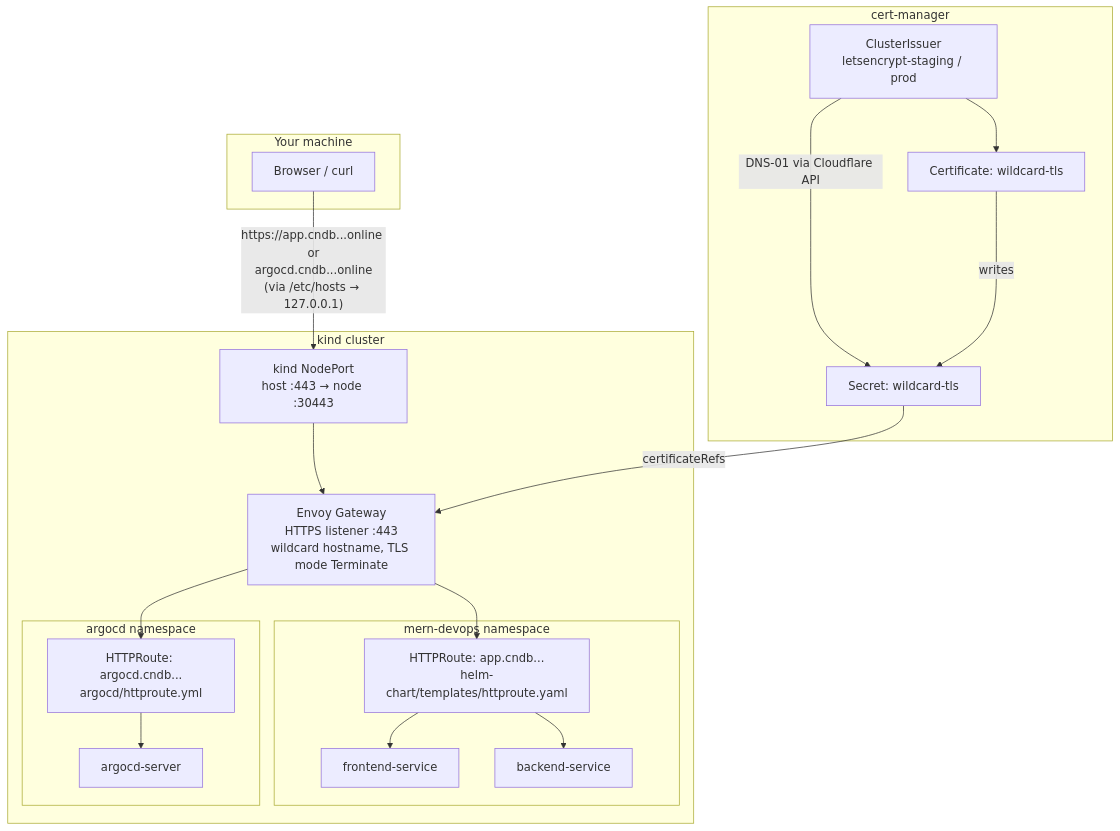
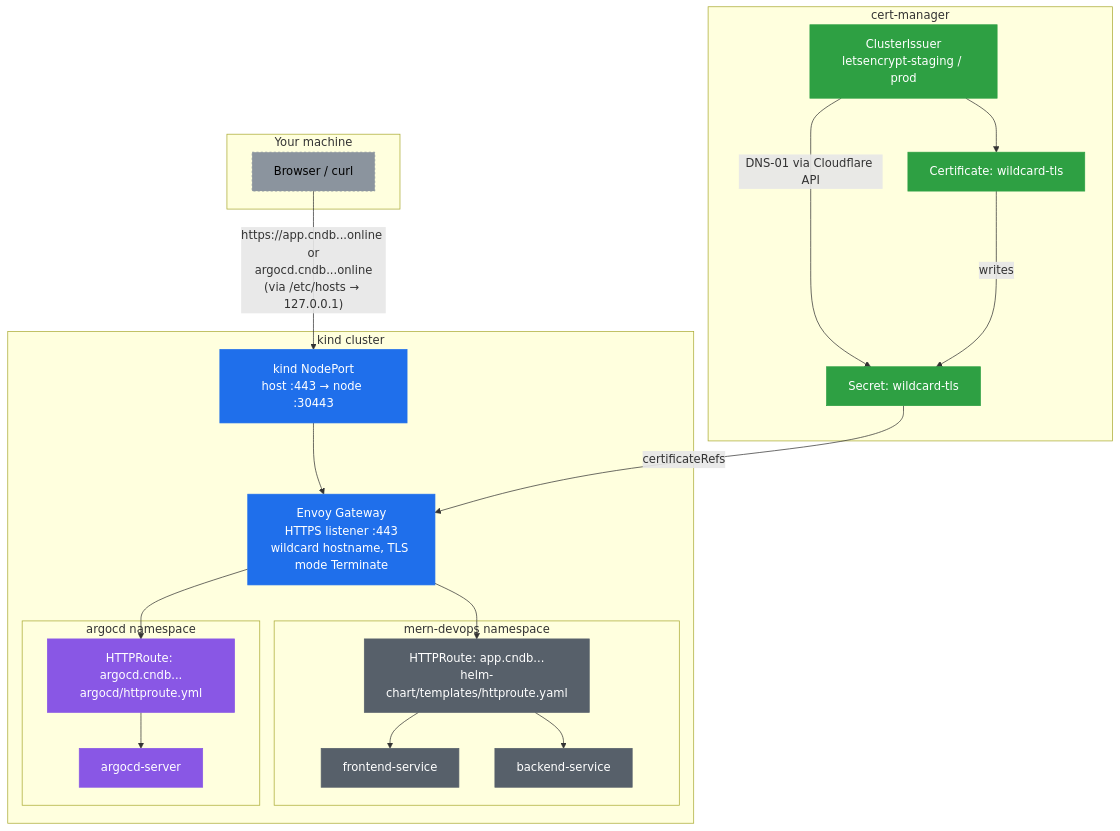
The diagram in docs/concepts/tls-concepts.md (atkaridarshan04/cloudnative-devops-blueprint), drawn with Mermaid before and after one commit. The commit also changed other lines of this file and 24 other files, not shown here.

Commit message:
docs: fix doc/manifest mismatches, trim noisy comments, improve diagrams, reorganize assets, drop dead config

````diff
--- a/docs/concepts/tls-concepts.md
+++ b/docs/concepts/tls-concepts.md
@@ -116,39 +122,51 @@
 ```mermaid
 flowchart TD
     subgraph "Your machine"
         Browser[Browser / curl]
     end
 
     subgraph "kind cluster"
         NP[kind NodePort<br/>host :443 → node :30443]
         GW[Envoy Gateway<br/>HTTPS listener :443<br/>wildcard hostname, TLS mode Terminate]
 
         subgraph "mern-devops namespace"
             AppRoute[HTTPRoute: app.cndb...<br/>helm-chart/templates/httproute.yaml]
             FE[frontend-service]
             BE[backend-service]
         end
 
         subgraph "argocd namespace"
             ArgoRoute[HTTPRoute: argocd.cndb...<br/>argocd/httproute.yml]
             ArgoSvc[argocd-server]
         end
     end
 
     subgraph "cert-manager"
         CI[ClusterIssuer<br/>letsencrypt-staging / prod]
         Cert[Certificate: wildcard-tls]
         Secret[Secret: wildcard-tls]
     end
 
     Browser -->|"https://app.cndb...online or<br/>argocd.cndb...online<br/>(via /etc/hosts → 127.0.0.1)"| NP
     NP --> GW
     GW --> AppRoute --> FE
     AppRoute --> BE
     GW --> ArgoRoute --> ArgoSvc
 
     CI -->|DNS-01 via Cloudflare API| Secret
     CI --> Cert
     Cert -->|writes| Secret
     Secret -->|certificateRefs| GW
+
+    classDef gateway fill:#1f6feb,color:#fff,stroke:#1f6feb
+    classDef certmgr fill:#2ea043,color:#fff,stroke:#2ea043
+    classDef argocd fill:#8957e5,color:#fff,stroke:#8957e5
+    classDef app fill:#57606a,color:#fff,stroke:#57606a
+    classDef external fill:#8b949e,color:#000,stroke:#8b949e,stroke-dasharray: 3 3
+
+    class Browser external
+    class NP,GW gateway
+    class AppRoute,FE,BE app
+    class ArgoRoute,ArgoSvc argocd
+    class CI,Cert,Secret certmgr
 ```
````
